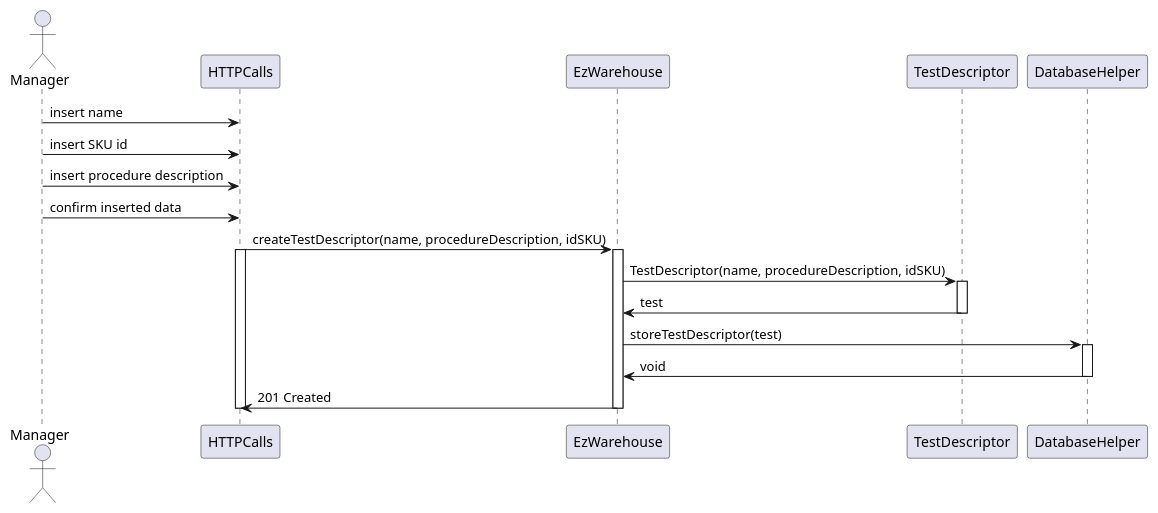
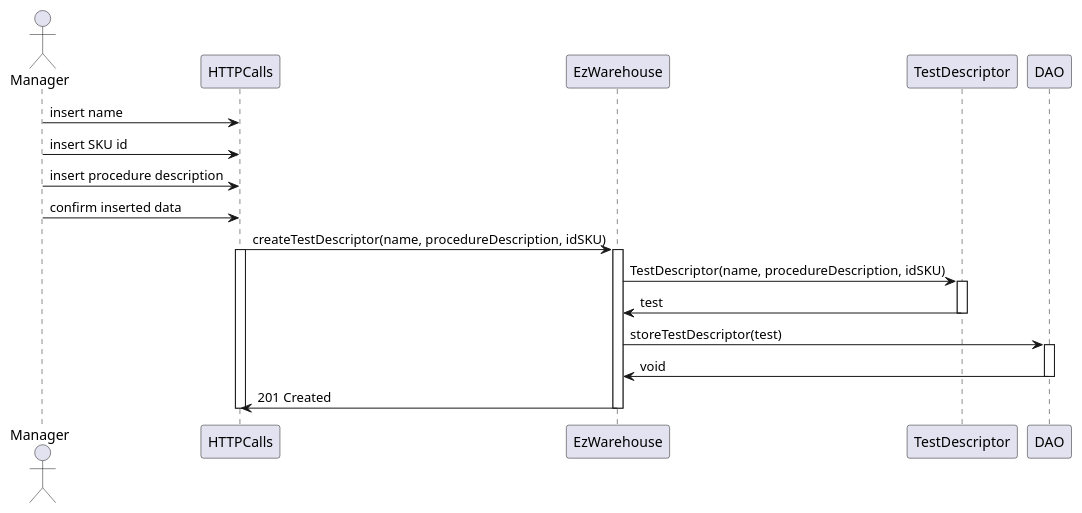
Diagram 19 of 19 in DESIGN PART/DesignDocument.md (DavideArcolini/SoftEng_garbageCollector), drawn with PlantUML before and after one commit. The commit also changed other lines of this file, not shown here.

````diff
--- a/DESIGN PART/DesignDocument.md
+++ b/DESIGN PART/DesignDocument.md
@@ -1334,26 +1265,26 @@
 ```plantuml
 actor Manager as M
 participant HTTPCalls as H
 participant EzWarehouse as ezwh
 participant TestDescriptor as T
-participant DatabaseHelper as DH
+participant DAO as DAO
 
 M -> H : insert name
 M -> H : insert SKU id
 M -> H : insert procedure description
 M -> H : confirm inserted data
 H -> ezwh : createTestDescriptor(name, procedureDescription, idSKU)
 activate H
 activate ezwh
 ezwh -> T : TestDescriptor(name, procedureDescription, idSKU) 
 activate T
 ezwh <- T : test
 deactivate T
-ezwh -> DH : storeTestDescriptor(test)
-activate DH
-ezwh <- DH : void
-deactivate DH
+ezwh -> DAO : storeTestDescriptor(test)
+activate DAO
+ezwh <- DAO : void
+deactivate DAO
 H <- ezwh : 201 Created
 deactivate H
 deactivate ezwh
 ```
````
